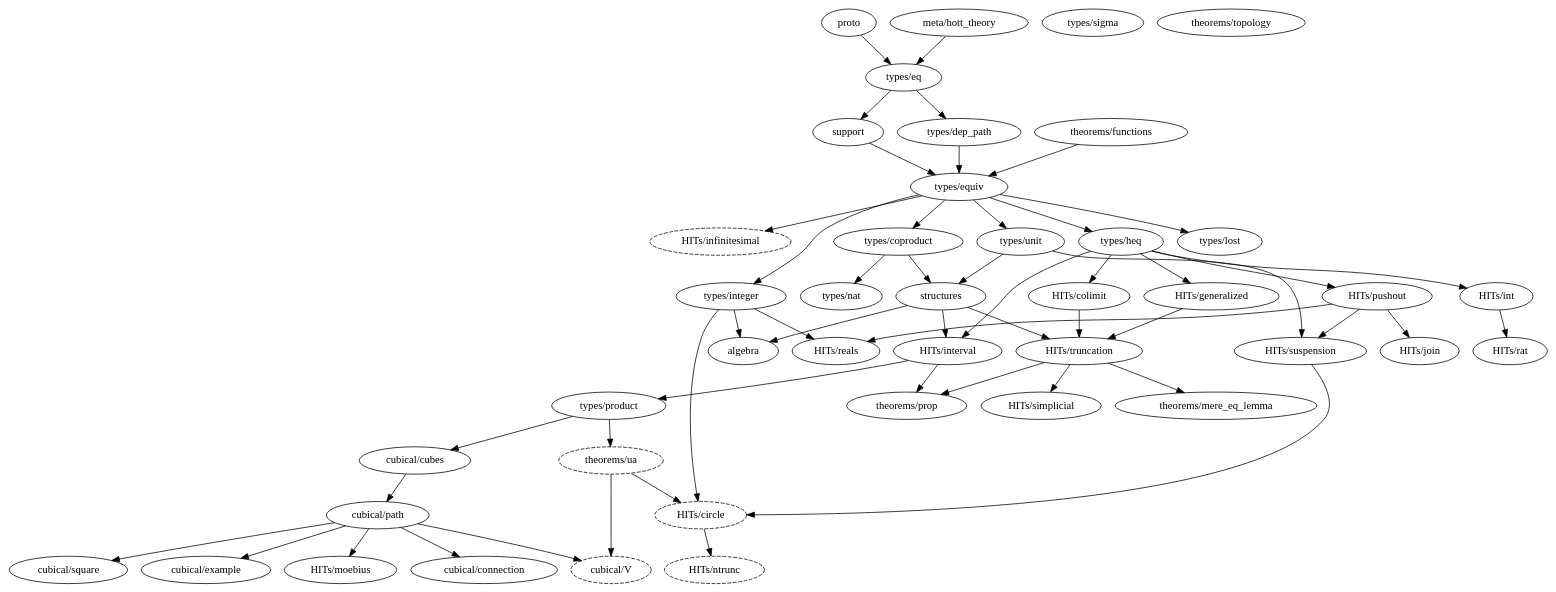
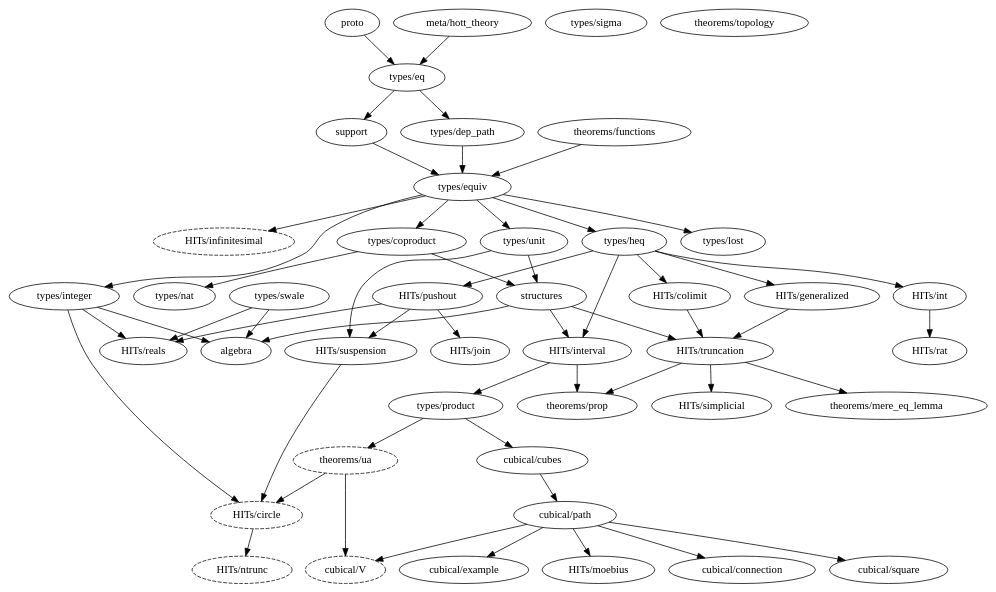
The diagram in dependency_map.gv (forked-from-1kasper/ground_zero), drawn with Graphviz before and after one commit. The commit also changed 4 other files, not shown here.

```diff
--- a/dependency_map.gv
+++ b/dependency_map.gv
@@ -1,83 +1,84 @@
 digraph dependency_map {
   proto -> "types/eq"
   "meta/hott_theory" -> "types/eq"
   support -> "types/equiv"
   structures -> { "HITs/interval", "HITs/truncation", algebra }
 
   subgraph univalence {
     node [style=dashed]
     "HITs/circle"
     "HITs/infinitesimal"
     "HITs/ntrunc"
     "theorems/ua"
     "cubical/V"
   }
 
   subgraph types {
     "types/coproduct" -> { "types/nat", structures }
     "types/dep_path" -> "types/equiv"
     "types/eq" -> { "types/dep_path", support }
     "types/equiv" -> {
       "types/heq",
       "types/integer",
       "HITs/infinitesimal",
       "types/coproduct",
       "types/lost",
       "types/unit"
     }
     "types/heq" -> {
       "HITs/colimit",
       "HITs/generalized",
       "HITs/int",
       "HITs/pushout",
       "HITs/interval"
     }
     "types/integer" ->  { "HITs/circle", "HITs/reals", algebra }
     "types/lost"
     "types/nat"
     "types/product" -> { "cubical/cubes", "theorems/ua" }
     "types/sigma"
+    "types/swale" -> { "HITs/reals", algebra }
     "types/unit" -> { structures, "HITs/suspension" }
   }
 
   subgraph HITs {
     "HITs/circle" -> "HITs/ntrunc"
     "HITs/colimit" -> "HITs/truncation"
     "HITs/generalized" -> "HITs/truncation"
     "HITs/infinitesimal"
     "HITs/int" -> "HITs/rat"
     "HITs/interval" -> { "types/product", "theorems/prop" }
     "HITs/join"
     "HITs/pushout" -> {
       "HITs/join",
       "HITs/reals"
     }
     "HITs/pushout" -> "HITs/suspension"
     "HITs/rat"
     "HITs/reals"
     "HITs/simplicial"
     "HITs/suspension" -> "HITs/circle"
     "HITs/truncation" -> {
       "theorems/mere_eq_lemma",
       "theorems/prop",
       "HITs/simplicial"
     }
   }
 
   subgraph cubical {
     "cubical/path" -> "HITs/moebius"
     "cubical/path" -> "cubical/connection"
     "cubical/cubes" -> "cubical/path"
     "cubical/path" -> "cubical/square"
     "cubical/path" -> "cubical/example"
     "cubical/path" -> "cubical/V"
   }
 
   subgraph theorems {
     "theorems/functions" -> "types/equiv"
     "theorems/mere_eq_lemma"
     "theorems/prop"
     "theorems/topology"
     "theorems/ua" -> { "HITs/circle", "cubical/V" }
   }
 }
```
